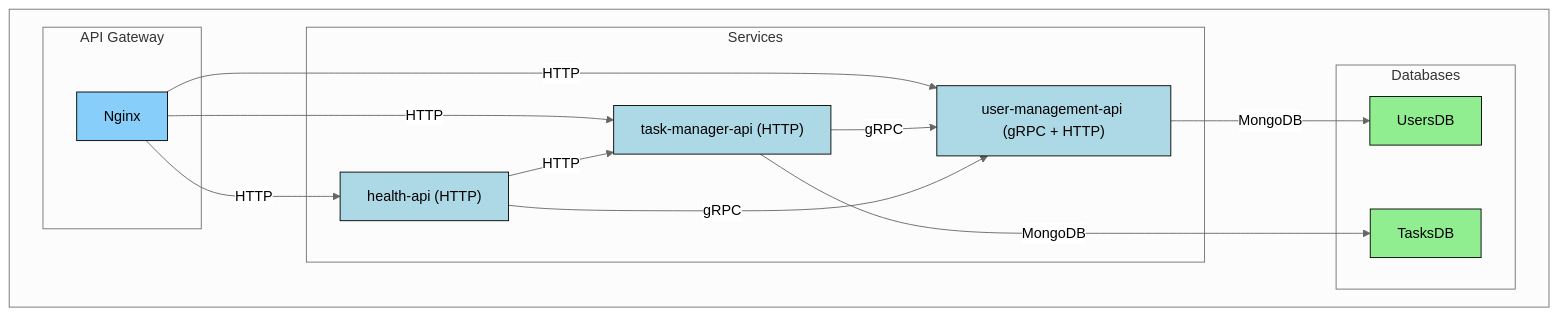
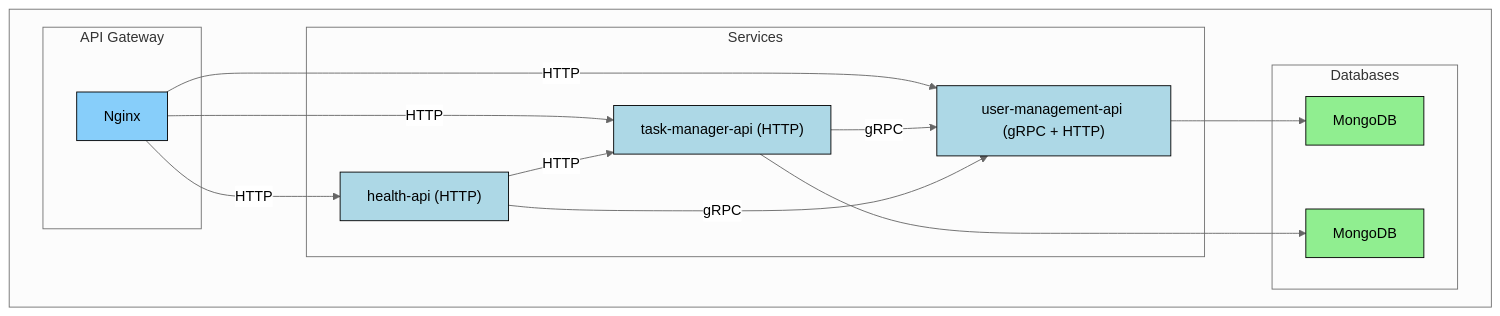
Before and after one commit to sergicanet9/go-microservices-demo: the diagram in README.md, drawn with Mermaid.

Commit message:
improve diagram

````diff
--- a/README.md
+++ b/README.md
@@ -14,42 +14,42 @@
 ```mermaid
 %%{init: {'theme': 'neutral'}}%%
 graph TD
     %% Styles
     style NG fill:#87CEFA,stroke:#000,stroke-width:1px
     style UM fill:#ADD8E6,stroke:#000,stroke-width:1px
     style TM fill:#ADD8E6,stroke:#000,stroke-width:1px
     style HA fill:#ADD8E6,stroke:#000,stroke-width:1px
     style MDB-UM fill:#90EE90,stroke:#000,stroke-width:1px
     style MDB-TM fill:#90EE90,stroke:#000,stroke-width:1px
 
     subgraph  
         subgraph "API Gateway"
             NG[Nginx]
         end
 
         subgraph "Services"
             UM["user-management-api (gRPC + HTTP)"]
             TM["task-manager-api (HTTP)"]
             HA["health-api (HTTP)"]
         end
 
         subgraph "Databases"
-            MDB-UM[UsersDB]
-            MDB-TM[TasksDB]
+            MDB-UM[MongoDB]
+            MDB-TM[MongoDB]
         end
     end
 
     %% HTTP traffic through Nginx
     NG -->|HTTP| UM
     NG -->|HTTP| TM
     NG -->|HTTP| HA
 
     %% Internal communications
     TM -->|gRPC| UM
     HA -->|gRPC| UM
     HA -->|HTTP| TM
 
     %% Database connections
-    UM -->|MongoDB| MDB-UM
-    TM -->|MongoDB| MDB-TM
+    UM --> MDB-UM
+    TM --> MDB-TM
 ```
````
